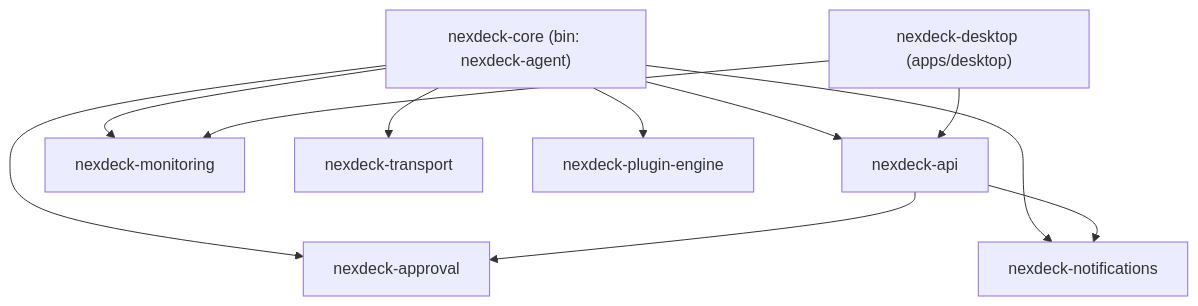
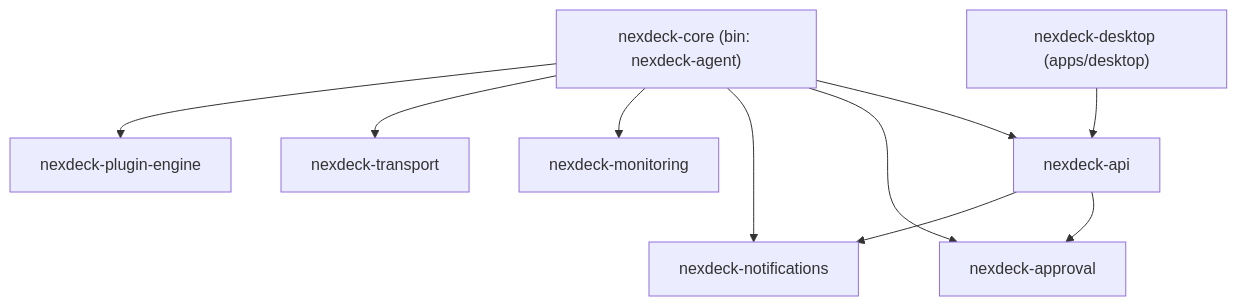
Before and after one commit to NoVate911/NexDeck: the second of 2 diagrams in docs/architecture/overview.md, drawn with Mermaid. The commit also changed other lines of this file and 43 other files, not shown here.

````diff
--- a/docs/architecture/overview.md
+++ b/docs/architecture/overview.md
@@ -28,23 +28,22 @@
 ```mermaid
 flowchart TD
     Core["nexdeck-core (bin: nexdeck-agent)"]
     Desktop["nexdeck-desktop (apps/desktop)"]
     Api["nexdeck-api"]
     Approval["nexdeck-approval"]
     Notifications["nexdeck-notifications"]
     Monitoring["nexdeck-monitoring"]
     Transport["nexdeck-transport"]
     PluginEngine["nexdeck-plugin-engine"]
 
     Core --> Api
     Core --> Approval
     Core --> Notifications
     Core --> Monitoring
     Core --> Transport
     Core --> PluginEngine
 
     Api --> Approval
     Api --> Notifications
     Desktop --> Api
-    Desktop --> Monitoring
 ```
````
